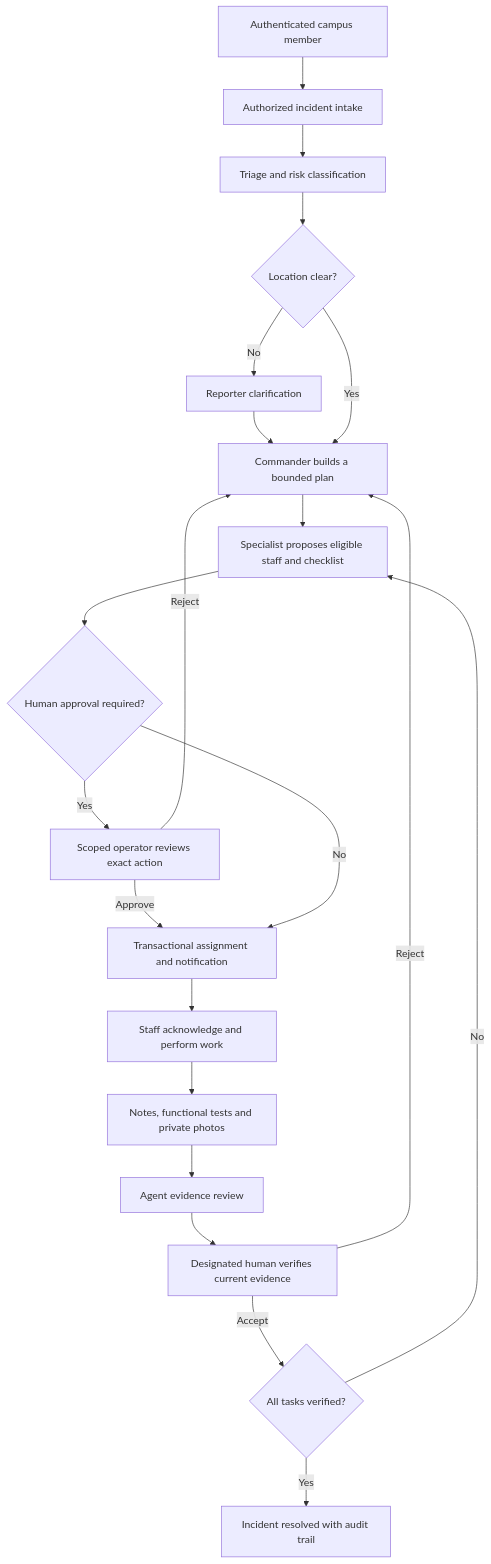
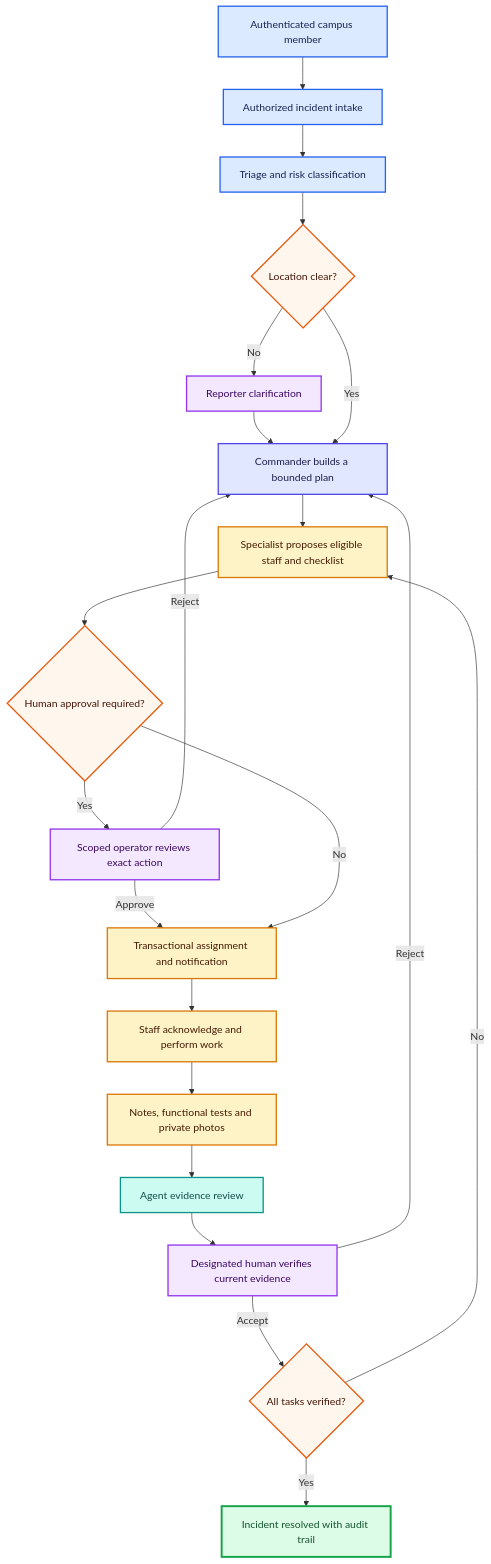
The first of 4 diagrams in README.md (thotashashank302/O.R.I.O.N---OPERATING-RESPONSE-AND-INCIDENT-ORCHESTRATION-NETWORK), drawn with Mermaid before and after one commit. The commit also changed other lines of this file, not shown here.

Commit message:
Add colored workflow diagrams and four-agent architecture to README

````diff
--- a/README.md
+++ b/README.md
@@ -13,23 +13,38 @@
 ```mermaid
 flowchart TD
     A[Authenticated campus member] --> B[Authorized incident intake]
     B --> C[Triage and risk classification]
     C --> D{Location clear?}
     D -->|No| E[Reporter clarification]
     E --> F
     D -->|Yes| F[Commander builds a bounded plan]
     F --> G[Specialist proposes eligible staff and checklist]
     G --> H{Human approval required?}
     H -->|Yes| I[Scoped operator reviews exact action]
     I -->|Reject| F
     I -->|Approve| J[Transactional assignment and notification]
     H -->|No| J
     J --> K[Staff acknowledge and perform work]
     K --> L[Notes, functional tests and private photos]
     L --> M[Agent evidence review]
     M --> N[Designated human verifies current evidence]
     N -->|Reject| F
     N -->|Accept| O{All tasks verified?}
     O -->|No| G
     O -->|Yes| P[Incident resolved with audit trail]
+
+    classDef intake fill:#DBEAFE,stroke:#2563EB,color:#172554,stroke-width:2px
+    classDef planning fill:#E0E7FF,stroke:#4F46E5,color:#1E1B4B,stroke-width:2px
+    classDef action fill:#FEF3C7,stroke:#D97706,color:#451A03,stroke-width:2px
+    classDef review fill:#CCFBF1,stroke:#0D9488,color:#134E4A,stroke-width:2px
+    classDef human fill:#F3E8FF,stroke:#9333EA,color:#3B0764,stroke-width:2px
+    classDef decision fill:#FFF7ED,stroke:#EA580C,color:#431407,stroke-width:2px
+    classDef complete fill:#DCFCE7,stroke:#16A34A,color:#14532D,stroke-width:3px
+    class A,B,C intake
+    class F planning
+    class G,J,K,L action
+    class M review
+    class E,I,N human
+    class D,H,O decision
+    class P complete
 ```
````
